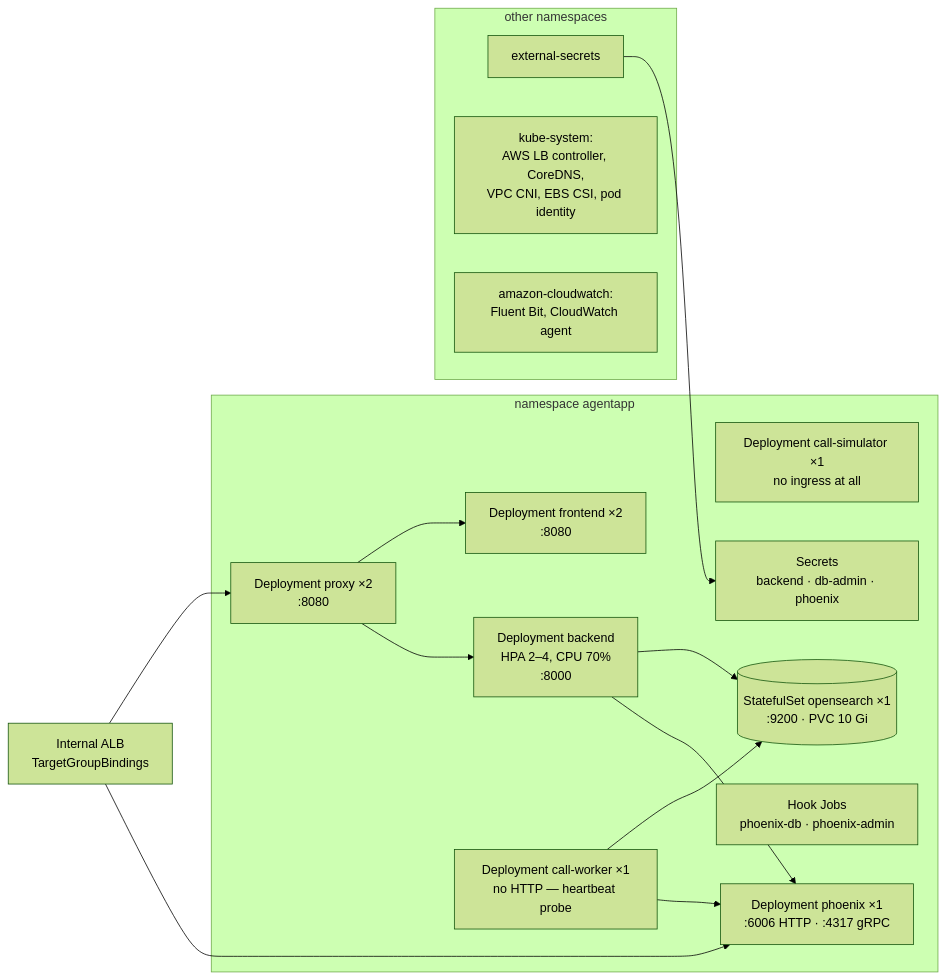
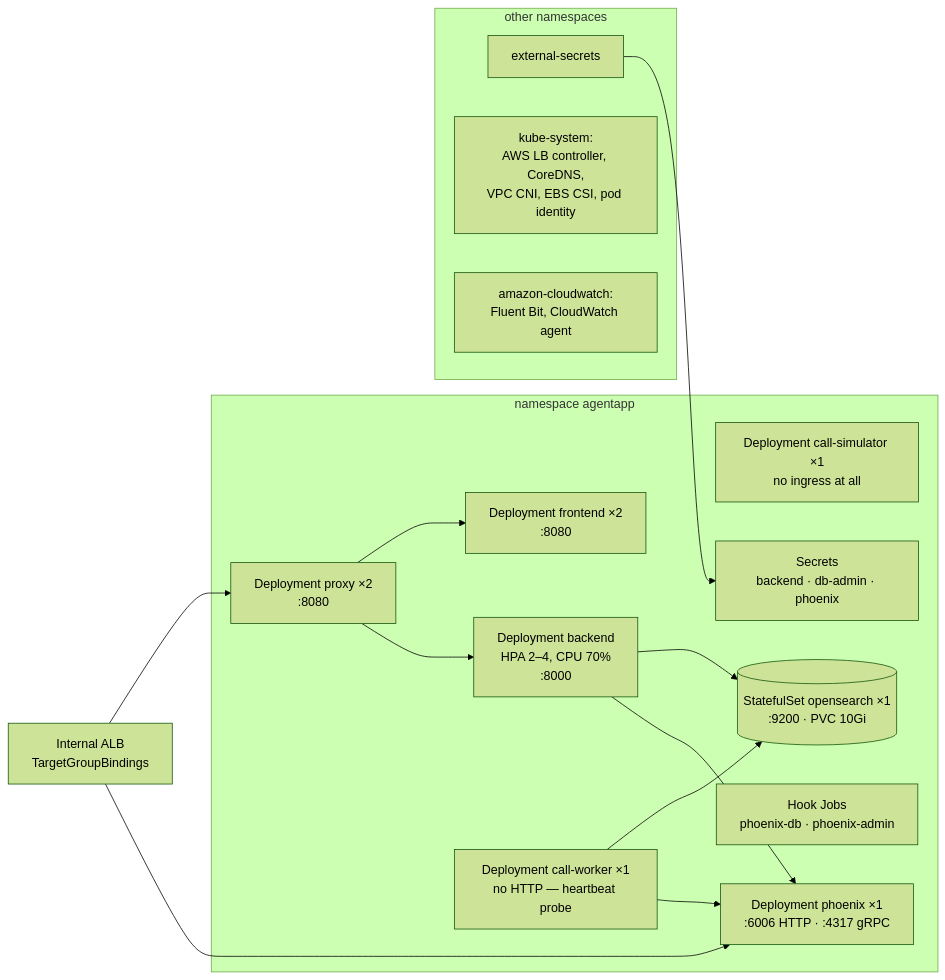
Before and after one commit to paggio/agent-app-project: the third of 8 diagrams in docs/deployment.md, drawn with Mermaid (forest theme). The commit also changed other lines of this file, not shown here.

````diff
--- a/docs/deployment.md
+++ b/docs/deployment.md
@@ -98,32 +99,32 @@
 ```mermaid
 flowchart LR
   alb["Internal ALB<br/>TargetGroupBindings"]
 
   subgraph ns["namespace agentapp"]
     proxy["Deployment proxy ×2<br/>:8080"]
     fe["Deployment frontend ×2<br/>:8080"]
     be["Deployment backend<br/>HPA 2–4, CPU 70%<br/>:8000"]
     worker["Deployment call-worker ×1<br/>no HTTP — heartbeat probe"]
     sim["Deployment call-simulator ×1<br/>no ingress at all"]
-    os[("StatefulSet opensearch ×1<br/>:9200 · PVC 10 Gi")]
+    os[("StatefulSet opensearch ×1<br/>:9200 · PVC 10Gi")]
     phx["Deployment phoenix ×1<br/>:6006 HTTP · :4317 gRPC"]
     jobs["Hook Jobs<br/>phoenix-db · phoenix-admin"]
     sec["Secrets<br/>backend · db-admin · phoenix"]
   end
 
   subgraph system["other namespaces"]
     eso["external-secrets"]
     lbc["kube-system:<br/>AWS LB controller, CoreDNS,<br/>VPC CNI, EBS CSI, pod identity"]
     cwa["amazon-cloudwatch:<br/>Fluent Bit, CloudWatch agent"]
   end
 
   alb --> proxy
   alb --> phx
   proxy --> fe
   proxy --> be
   be --> os
   be --> phx
   worker --> os
   worker --> phx
   eso --> sec
 ```
````
